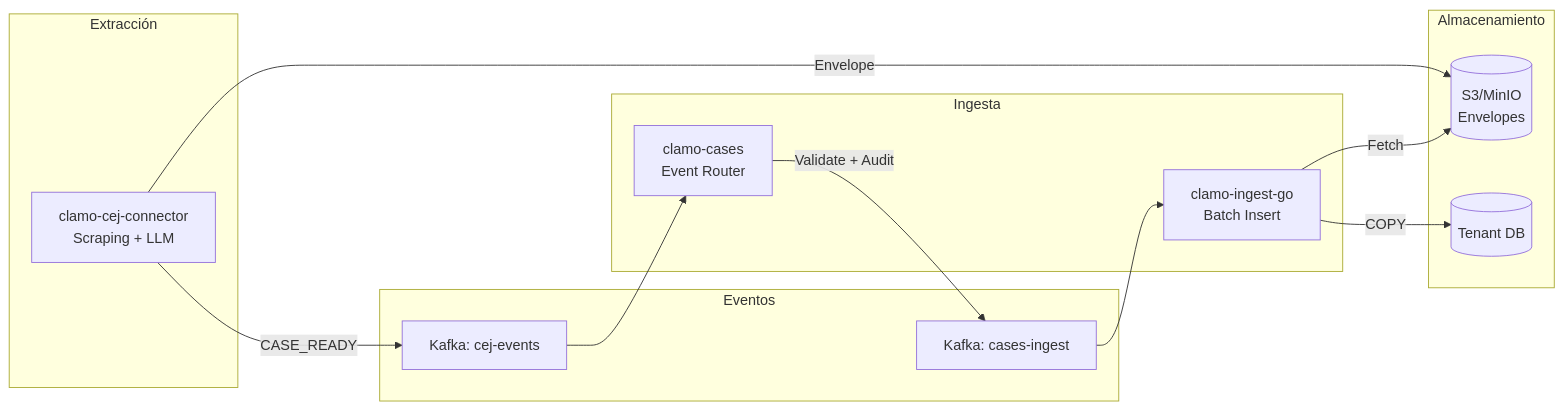
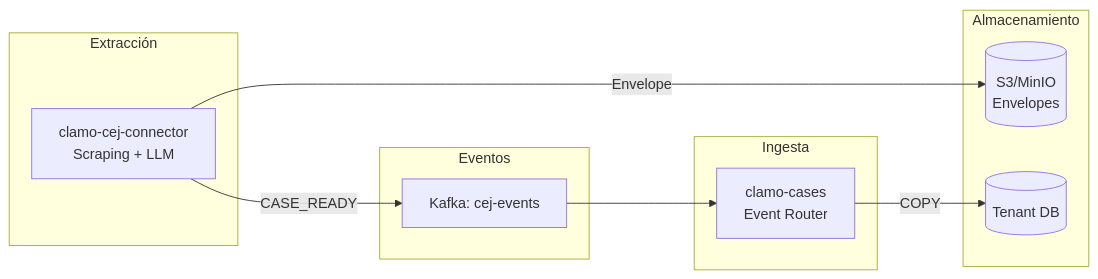
One commit to GetClamo/docs changed the first of 2 diagrams in es/guias/debugging-ingesta.mdx. Above: the diagram before and after it, drawn with Mermaid. The commit also changed other lines of this file and 93 other files, not shown here.

````diff
--- a/es/guias/debugging-ingesta.mdx
+++ b/es/guias/debugging-ingesta.mdx
@@ -12,29 +12,24 @@
 ```mermaid
 flowchart LR
     subgraph Extraction [Extracción]
         CEJ[clamo-cej-connector<br/>Scraping + LLM]
     end
-    
+
     subgraph Events [Eventos]
         K1[Kafka: cej-events]
-        K2[Kafka: cases-ingest]
     end
-    
+
     subgraph Ingestion [Ingesta]
         API[clamo-cases<br/>Event Router]
-        Ingest[clamo-ingest-go<br/>Batch Insert]
     end
-    
+
     subgraph Storage [Almacenamiento]
         S3[(S3/MinIO<br/>Envelopes)]
         DB[(Tenant DB)]
     end
-    
+
     CEJ -->|CASE_READY| K1
     CEJ -->|Envelope| S3
     K1 --> API
-    API -->|Validate + Audit| K2
-    K2 --> Ingest
-    Ingest -->|Fetch| S3
-    Ingest -->|COPY| DB
+    API -->|COPY| DB
 ```
````
